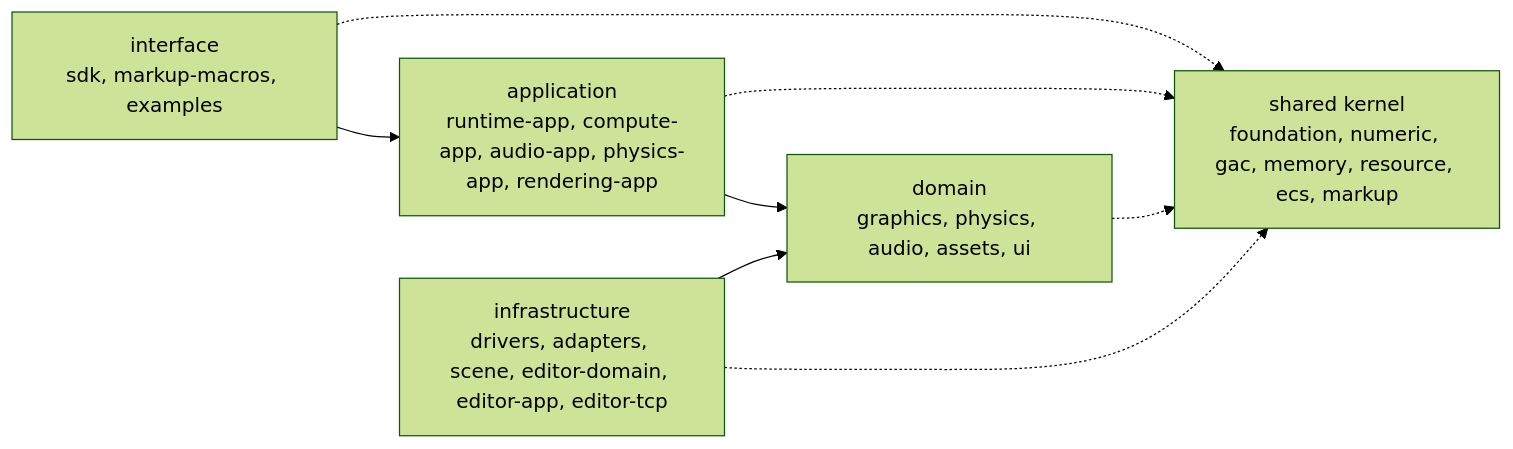
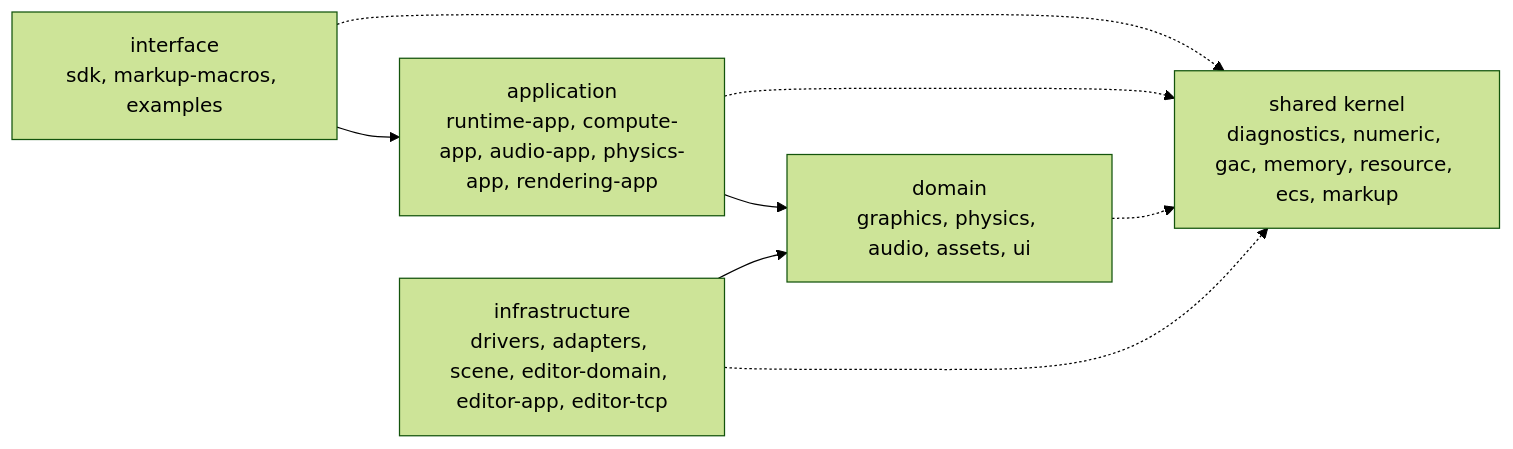
One commit to F000NKKK/Meridian-Engine changed the diagram in README.md. Above: the diagram before and after it, drawn with Mermaid (forest theme). The commit also changed 131 other files, not shown here.

````diff
--- a/README.md
+++ b/README.md
@@ -142,11 +142,11 @@
 ```mermaid
 flowchart LR
     I[interface<br/>sdk, markup-macros, examples] --> A[application<br/>runtime-app, compute-app, audio-app, physics-app, rendering-app]
     A --> D[domain<br/>graphics, physics, audio, assets, ui]
     X[infrastructure<br/>drivers, adapters, scene, editor-domain, editor-app, editor-tcp] --> D
-    K[shared kernel<br/>foundation, numeric, gac, memory, resource, ecs, markup]
+    K[shared kernel<br/>diagnostics, numeric, gac, memory, resource, ecs, markup]
     I -.-> K
     A -.-> K
     D -.-> K
     X -.-> K
 ```
````
